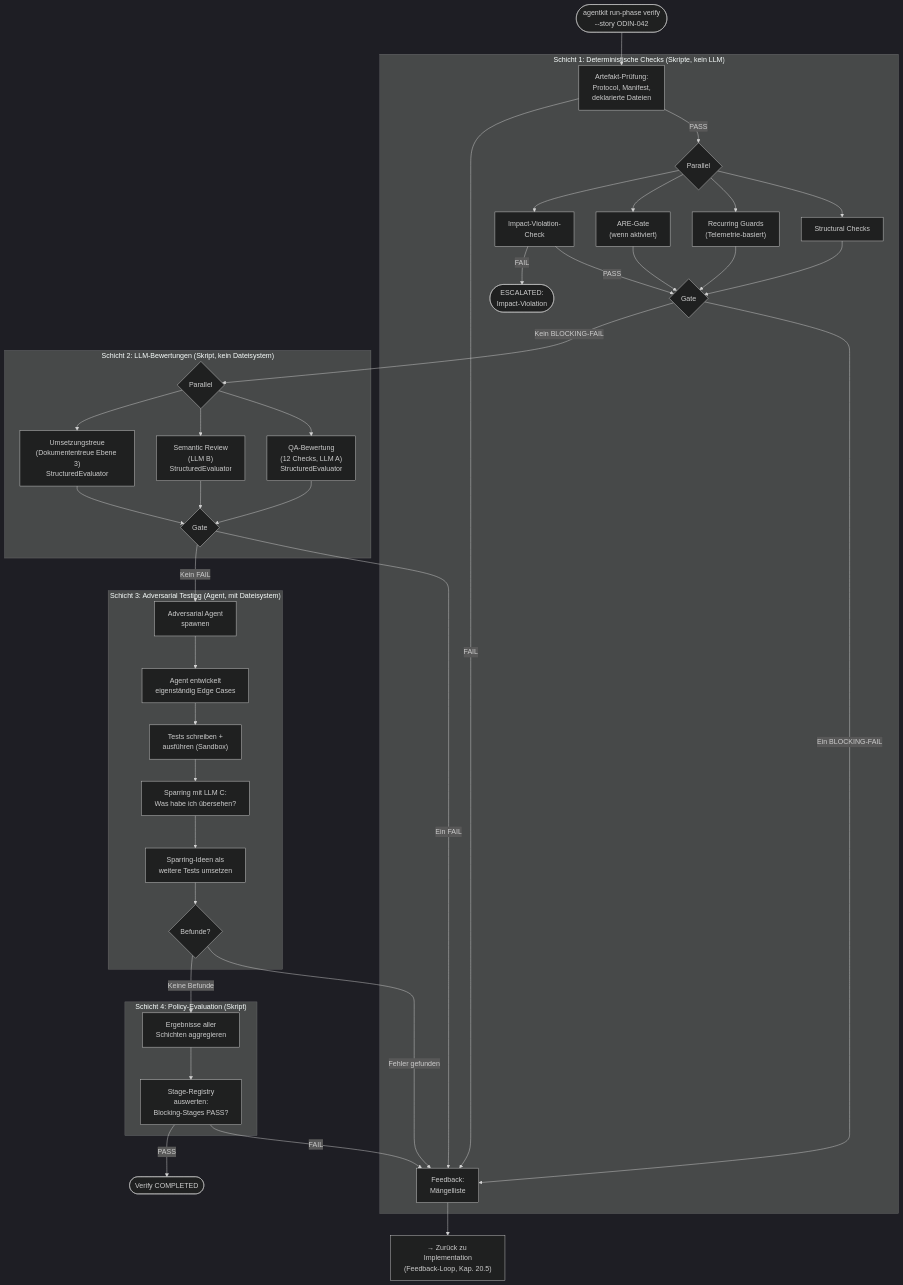
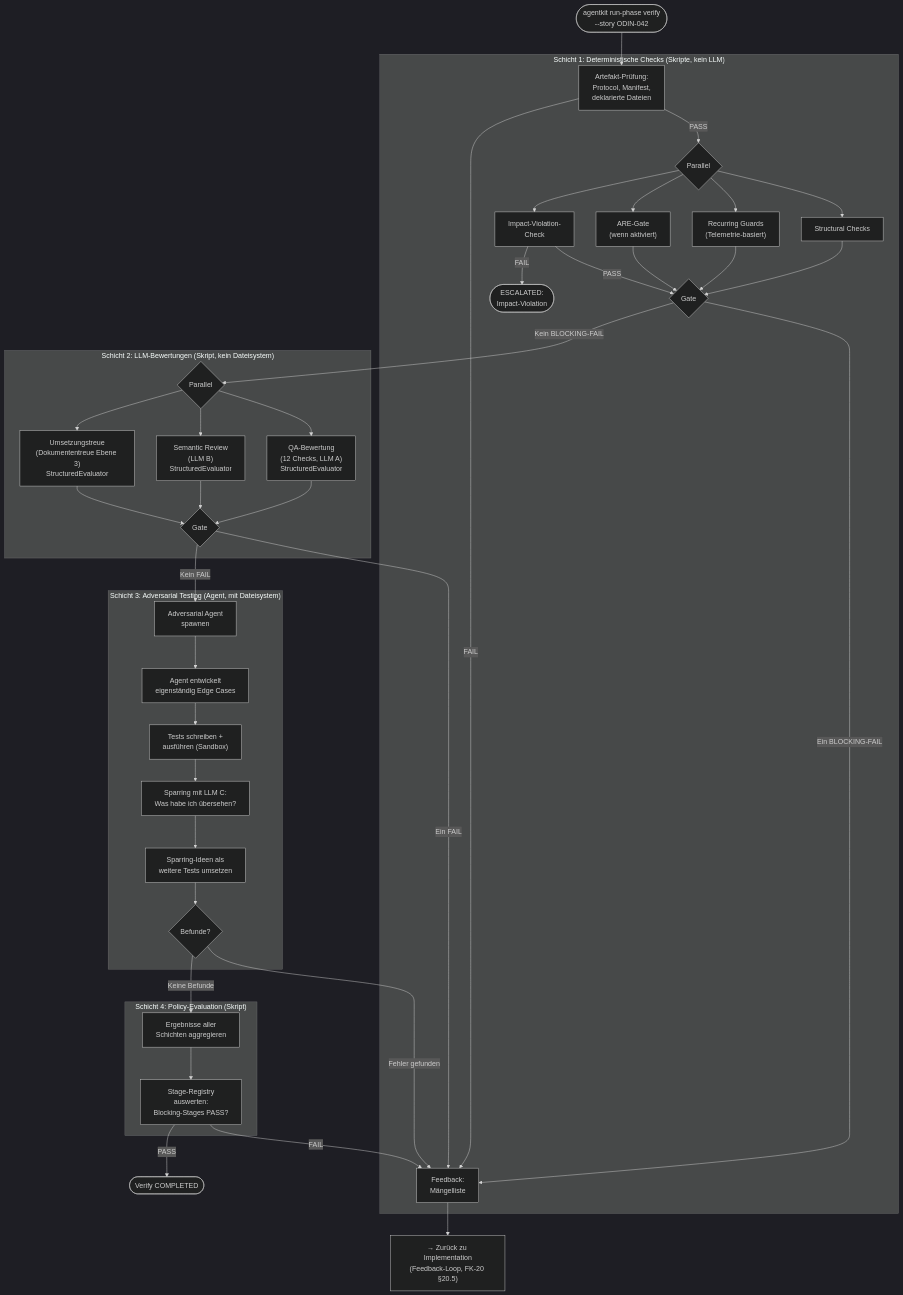
The diagram in concept/technical-design/27_verify_pipeline_closure_orchestration.md (saltenhof/claude-agentkit3), drawn with Mermaid (dark theme) before and after one commit. The commit also changed other lines of this file and 112 other files, not shown here.

````diff
--- a/concept/technical-design/27_verify_pipeline_closure_orchestration.md
+++ b/concept/technical-design/27_verify_pipeline_closure_orchestration.md
@@ -194,57 +189,57 @@
 ```mermaid
 flowchart TD
     START(["agentkit run-phase verify<br/>--story ODIN-042"]) --> S1
 
     subgraph SCHICHT_1 ["Schicht 1: Deterministische Checks (Skripte, kein LLM)"]
         S1["Artefakt-Prüfung:<br/>Protocol, Manifest,<br/>deklarierte Dateien"]
         S1 -->|PASS| S1P{Parallel}
         S1 -->|FAIL| FB
         S1P --> STRUCT["Structural Checks"]
         S1P --> RECUR["Recurring Guards<br/>(Telemetrie-basiert)"]
         S1P --> ARE_G["ARE-Gate<br/>(wenn aktiviert)"]
         S1P --> IMPACT["Impact-Violation-<br/>Check"]
         STRUCT --> S1G{Gate}
         RECUR --> S1G
         ARE_G --> S1G
         IMPACT -->|PASS| S1G
         IMPACT -->|FAIL| ESC_IV(["ESCALATED:<br/>Impact-Violation"])
     end
 
     S1G -->|"Ein BLOCKING-FAIL"| FB["Feedback:<br/>Mängelliste"]
     S1G -->|"Kein BLOCKING-FAIL"| S2
 
     subgraph SCHICHT_2 ["Schicht 2: LLM-Bewertungen (Skript, kein Dateisystem)"]
         S2{Parallel}
         S2 --> QA["QA-Bewertung<br/>(12 Checks, LLM A)<br/>StructuredEvaluator"]
         S2 --> SEM["Semantic Review<br/>(LLM B)<br/>StructuredEvaluator"]
         S2 --> UMSTR["Umsetzungstreue<br/>(Dokumententreue Ebene 3)<br/>StructuredEvaluator"]
         QA --> S2G{Gate}
         SEM --> S2G
         UMSTR --> S2G
     end
 
     S2G -->|"Ein FAIL"| FB
     S2G -->|"Kein FAIL"| S3
 
     subgraph SCHICHT_3 ["Schicht 3: Adversarial Testing (Agent, mit Dateisystem)"]
         S3["Adversarial Agent<br/>spawnen"]
         S3 --> S3_OWN["Agent entwickelt<br/>eigenständig Edge Cases"]
         S3_OWN --> S3_TEST1["Tests schreiben +<br/>ausführen (Sandbox)"]
         S3_TEST1 --> S3_SPAR["Sparring mit LLM C:<br/>Was habe ich übersehen?"]
         S3_SPAR --> S3_TEST2["Sparring-Ideen als<br/>weitere Tests umsetzen"]
         S3_TEST2 --> S3_RESULT{"Befunde?"}
     end
 
     S3_RESULT -->|"Fehler gefunden"| FB
     S3_RESULT -->|"Keine Befunde"| S4
 
     subgraph SCHICHT_4 ["Schicht 4: Policy-Evaluation (Skript)"]
         S4["Ergebnisse aller<br/>Schichten aggregieren"]
         S4 --> S4_EVAL["Stage-Registry<br/>auswerten:<br/>Blocking-Stages PASS?"]
     end
 
     S4_EVAL -->|FAIL| FB
     S4_EVAL -->|PASS| DONE(["Verify COMPLETED"])
 
-    FB --> WORKER["→ Zurück zu Implementation<br/>(Feedback-Loop, Kap. 20.5)"]
+    FB --> WORKER["→ Zurück zu Implementation<br/>(Feedback-Loop, FK-20 §20.5)"]
 ```
````
